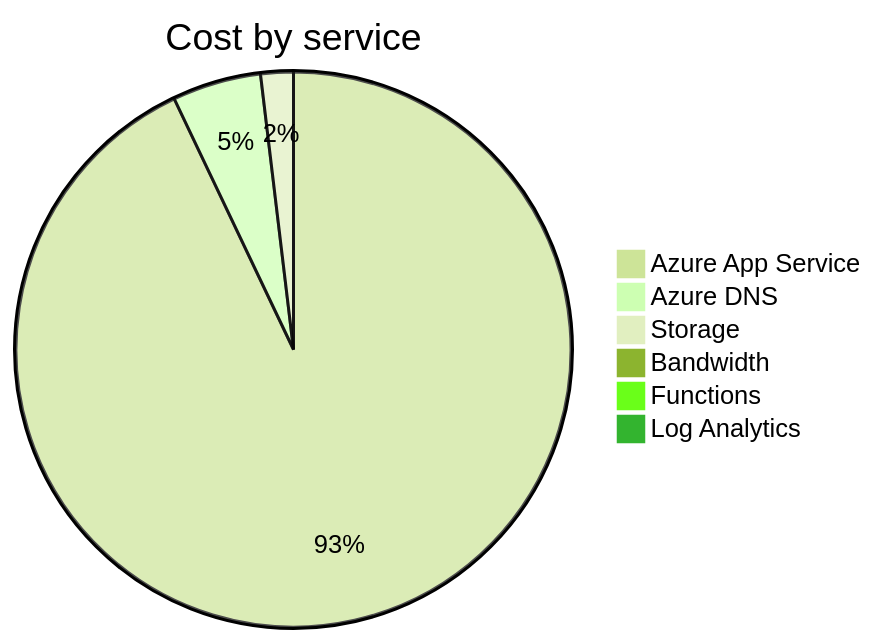
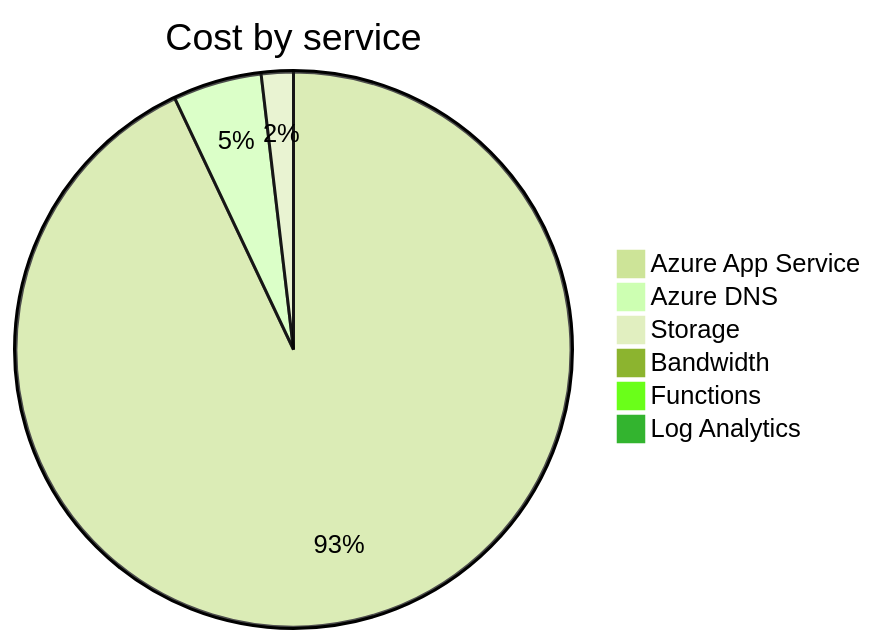
One commit to jpfulton/azure-personal-reports changed the second of 4 diagrams in cost-reports/accumulated-cost.md. Above: the diagram before and after it, drawn with Mermaid (forest theme). The commit also changed other lines of this file and 4 other files, not shown here.

````diff
--- a/cost-reports/accumulated-cost.md
+++ b/cost-reports/accumulated-cost.md
@@ -98,10 +98,10 @@
 ```mermaid
 pie
    title Cost by service
-   "Azure App Service" : 12.23
-   "Azure DNS" : 0.68
-   "Storage" : 0.25
+   "Azure App Service" : 12.97
+   "Azure DNS" : 0.72
+   "Storage" : 0.26
    "Bandwidth" : 0.00
    "Functions" : 0.00
    "Log Analytics" : 0.00
 ```
````
